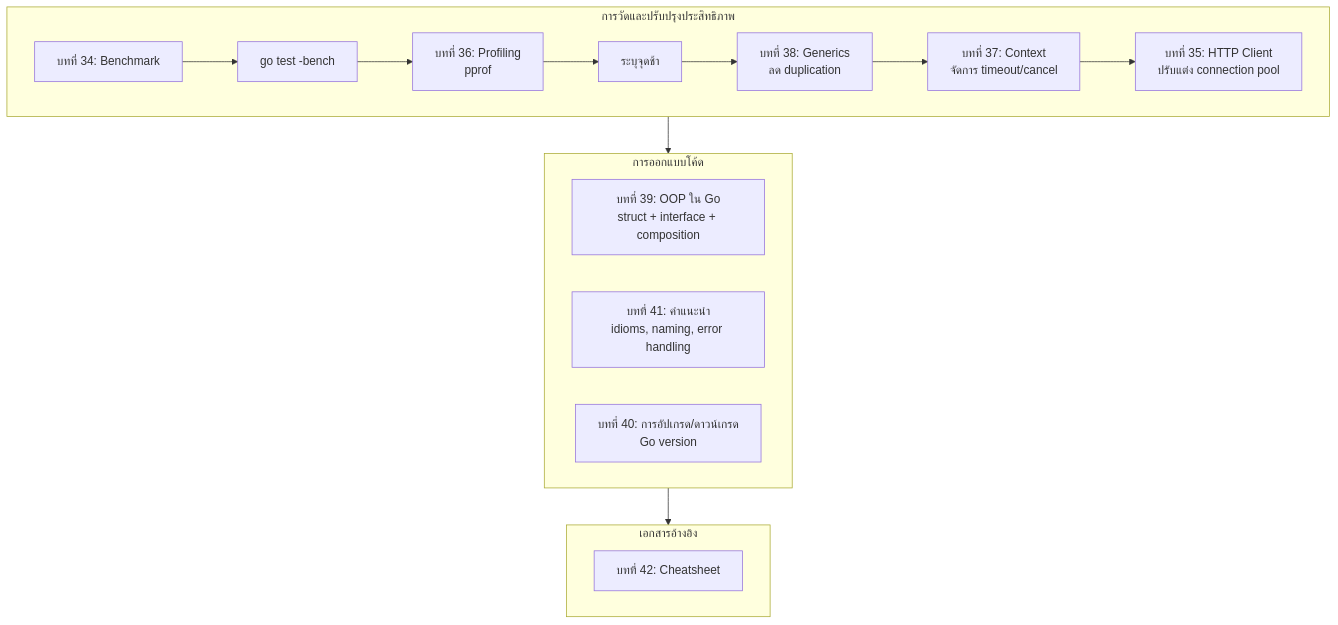
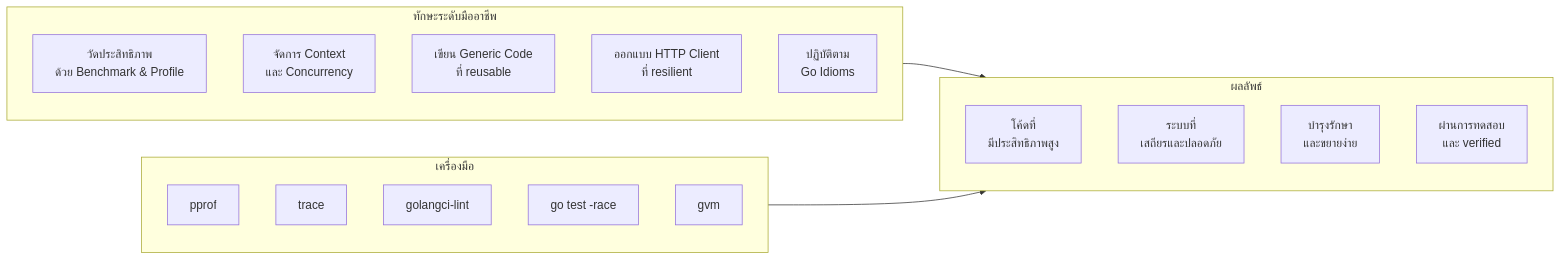
One commit to kongnakornna/gorestapi changed diagram 14 of 20 in README2.md. Above: the diagram before and after it, drawn with Mermaid. The commit also changed other lines of this file, not shown here.

````diff
--- a/README2.md
+++ b/README2.md
@@ -10280,24 +12624,28 @@
- ```mermaid
-flowchart TD
-    subgraph Performance[การวัดและปรับปรุงประสิทธิภาพ]
-        A[บทที่ 34: Benchmark] --> B[go test -bench]
-        B --> C[บทที่ 36: Profiling<br/>pprof]
-        C --> D[ระบุจุดช้า]
-        D --> E[บทที่ 38: Generics<br/>ลด duplication]
-        E --> F[บทที่ 37: Context<br/>จัดการ timeout/cancel]
-        F --> G[บทที่ 35: HTTP Client<br/>ปรับแต่ง connection pool]
+```mermaid
+flowchart LR
+    subgraph Skills["ทักษะระดับมืออาชีพ"]
+        S1[วัดประสิทธิภาพ<br/>ด้วย Benchmark & Profile]
+        S2[จัดการ Context<br/>และ Concurrency]
+        S3[เขียน Generic Code<br/>ที่ reusable]
+        S4[ออกแบบ HTTP Client<br/>ที่ resilient]
+        S5[ปฏิบัติตาม<br/>Go Idioms]
     end
-
-    subgraph CodeDesign[การออกแบบโค้ด]
-        H[บทที่ 39: OOP ใน Go<br/>struct + interface + composition]
-        I[บทที่ 41: คำแนะนำ<br/>idioms, naming, error handling]
-        J[บทที่ 40: การอัปเกรด/ดาวน์เกรด<br/>Go version]
+    
+    subgraph Tools["เครื่องมือ"]
+        T1[pprof]
+        T2[trace]
+        T3[golangci-lint]
+        T4[go test -race]
+        T5[gvm]
     end
-
-    subgraph Reference[เอกสารอ้างอิง]
-        K[บทที่ 42: Cheatsheet]
+    
+    subgraph Outcomes["ผลลัพธ์"]
+        O1[โค้ดที่<br/>มีประสิทธิภาพสูง]
+        O2[ระบบที่<br/>เสถียรและปลอดภัย]
+        O3[บำรุงรักษา<br/>และขยายง่าย]
+        O4[ผ่านการทดสอบ<br/>และ verified]
     end
-
-    Performance --> CodeDesign
-    CodeDesign --> Reference
+    
+    Skills --> Outcomes
+    Tools --> Outcomes
 ```
````
